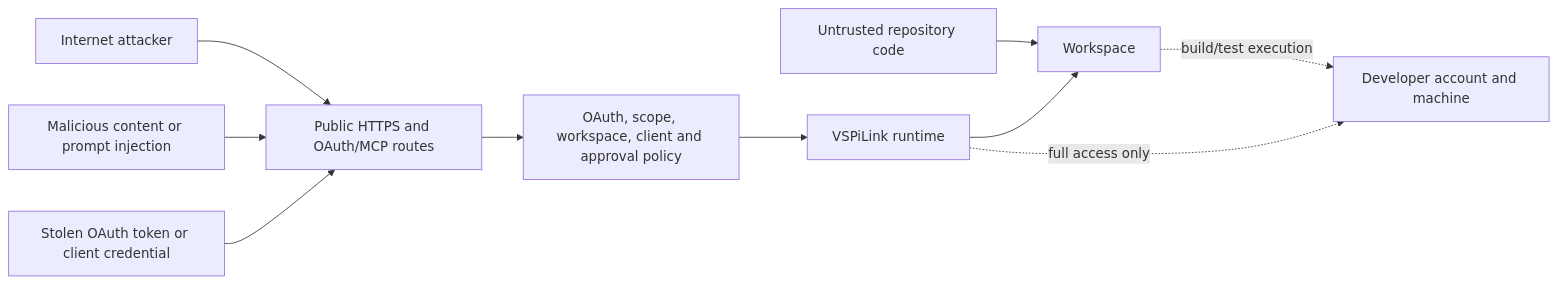
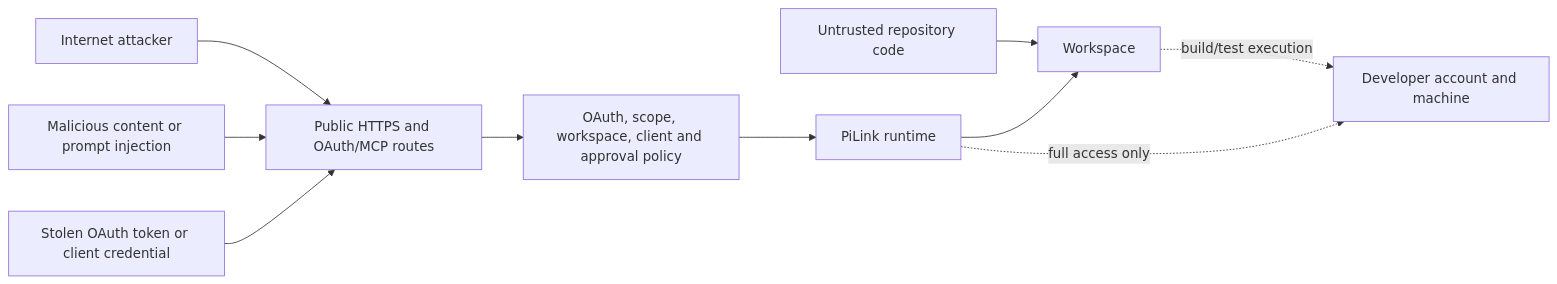
Before and after one commit to roccoangelella/PiLink: the diagram in docs/SECURITY_MODEL.md, drawn with Mermaid. The commit also changed other lines of this file and 86 other files, not shown here.

````diff
--- a/docs/SECURITY_MODEL.md
+++ b/docs/SECURITY_MODEL.md
@@ -25,21 +25,21 @@
 ```mermaid
 flowchart LR
     Attacker[Internet attacker]
     MaliciousPrompt[Malicious content or prompt injection]
     StolenToken[Stolen OAuth token or client credential]
     UntrustedRepo[Untrusted repository code]
     Public[Public HTTPS and OAuth/MCP routes]
     Policy[OAuth, scope, workspace, client and approval policy]
-    Runtime[VSPiLink runtime]
+    Runtime[PiLink runtime]
     Workspace[Workspace]
     Machine[Developer account and machine]
 
     Attacker --> Public
     MaliciousPrompt --> Public
     StolenToken --> Public
     Public --> Policy --> Runtime
     Runtime --> Workspace
     UntrustedRepo --> Workspace
     Workspace -.->|build/test execution| Machine
     Runtime -.->|full access only| Machine
 ```
````
